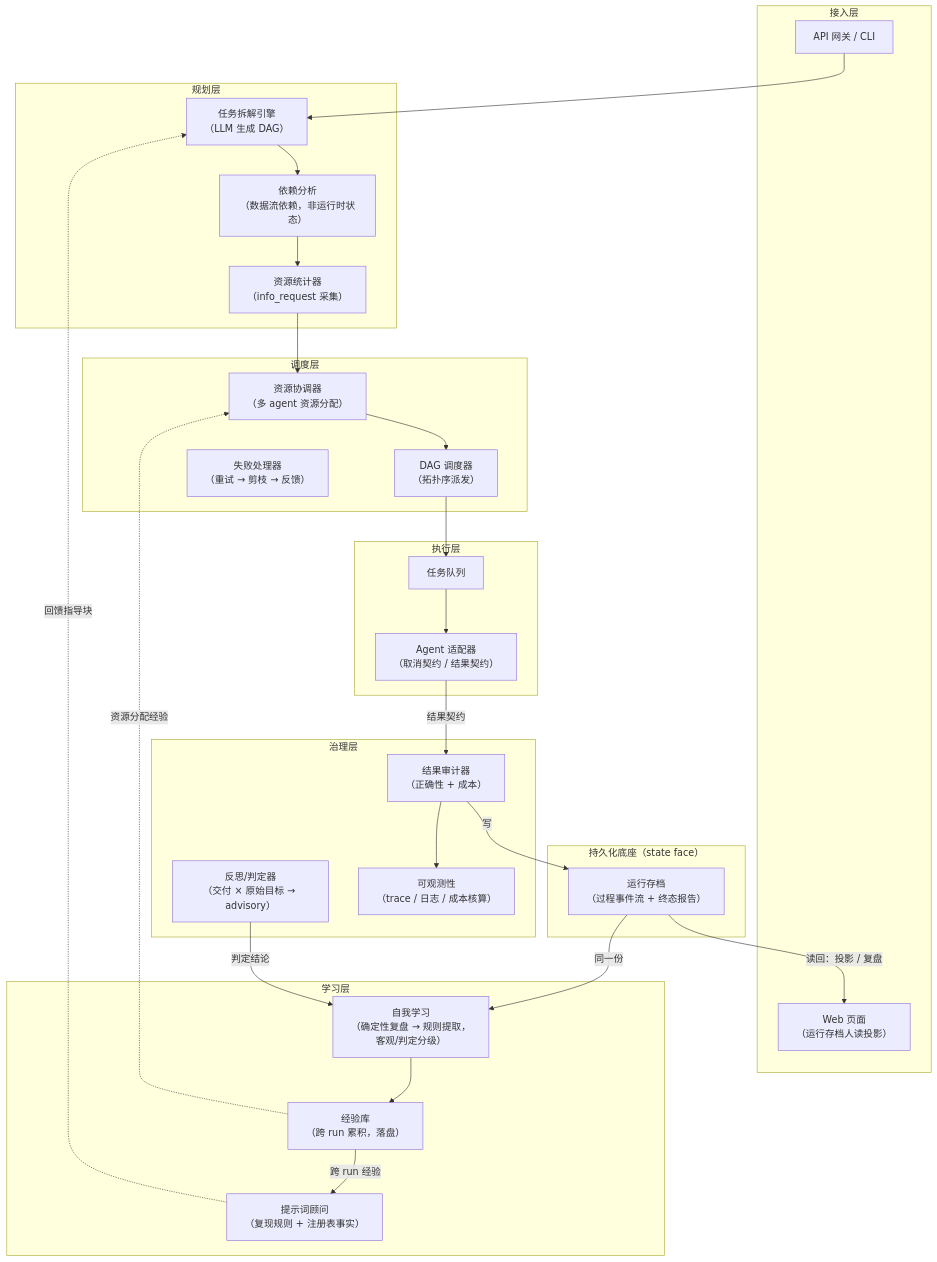
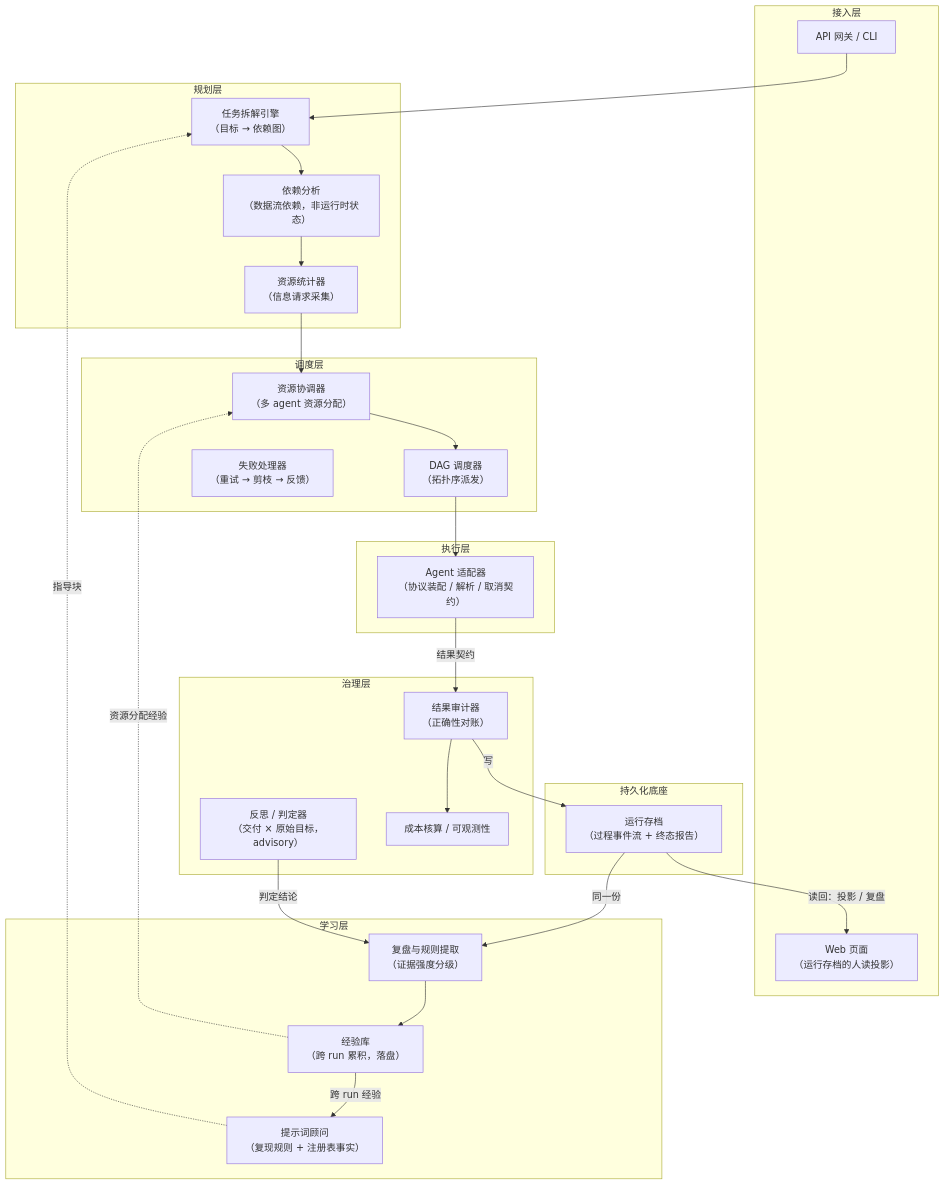
Before and after one commit to hankwangcn/agents-orchestration: the first of 2 diagrams in docs/architecture.md, drawn with Mermaid. The commit also changed other lines of this file and 3 other files, not shown here.

````diff
--- a/docs/architecture.md
+++ b/docs/architecture.md
@@ -44,56 +45,55 @@
 ```mermaid
 flowchart TB
     subgraph UI["接入层"]
         API["API 网关 / CLI"]
-        WEB["Web 页面<br/>（运行存档人读投影）"]
+        WEB["Web 页面<br/>（运行存档的人读投影）"]
     end
 
     subgraph PLAN["规划层"]
-        TD["任务拆解引擎<br/>（LLM 生成 DAG）"]
-        RS["资源统计器<br/>（info_request 采集）"]
+        TD["任务拆解引擎<br/>（目标 → 依赖图）"]
         DEP["依赖分析<br/>（数据流依赖，非运行时状态）"]
+        RS["资源统计器<br/>（信息请求采集）"]
     end
 
     subgraph SCHED["调度层"]
         RC["资源协调器<br/>（多 agent 资源分配）"]
         SCH["DAG 调度器<br/>（拓扑序派发）"]
         FH["失败处理器<br/>（重试 → 剪枝 → 反馈）"]
     end
 
     subgraph EXEC["执行层"]
-        AC["Agent 适配器<br/>（取消契约 / 结果契约）"]
-        QT["任务队列"]
+        AC["Agent 适配器<br/>（协议装配 / 解析 / 取消契约）"]
     end
 
     subgraph GOV["治理层"]
-        AU["结果审计器<br/>（正确性 + 成本）"]
-        RF["反思/判定器<br/>（交付 × 原始目标 → advisory）"]
-        OB["可观测性<br/>（trace / 日志 / 成本核算）"]
+        AU["结果审计器<br/>（正确性对账）"]
+        RF["反思 / 判定器<br/>（交付 × 原始目标，advisory）"]
+        OB["成本核算 / 可观测性"]
     end
 
     subgraph LEARN["学习层"]
-        LRN["自我学习<br/>（确定性复盘 → 规则提取，客观/判定分级）"]
+        LRN["复盘与规则提取<br/>（证据强度分级）"]
         KB["经验库<br/>（跨 run 累积，落盘）"]
         PA["提示词顾问<br/>（复现规则 + 注册表事实）"]
     end
 
-    subgraph STORE["持久化底座（state face）"]
+    subgraph STORE["持久化底座"]
         ARC["运行存档<br/>（过程事件流 + 终态报告）"]
     end
 
     API --> TD
     TD --> DEP --> RS
     RS --> RC
     RC --> SCH
-    SCH --> QT --> AC
+    SCH --> AC
     AC -->|结果契约| AU
     AU --> OB
     AU -->|写| ARC
     ARC -->|读回：投影 / 复盘| WEB
     ARC -->|同一份| LRN
     RF -->|判定结论| LRN
     LRN --> KB
     KB -->|跨 run 经验| PA
-    PA -.->|回馈指导块| TD
+    PA -.->|指导块| TD
     KB -.->|资源分配经验| RC
 ```
````
